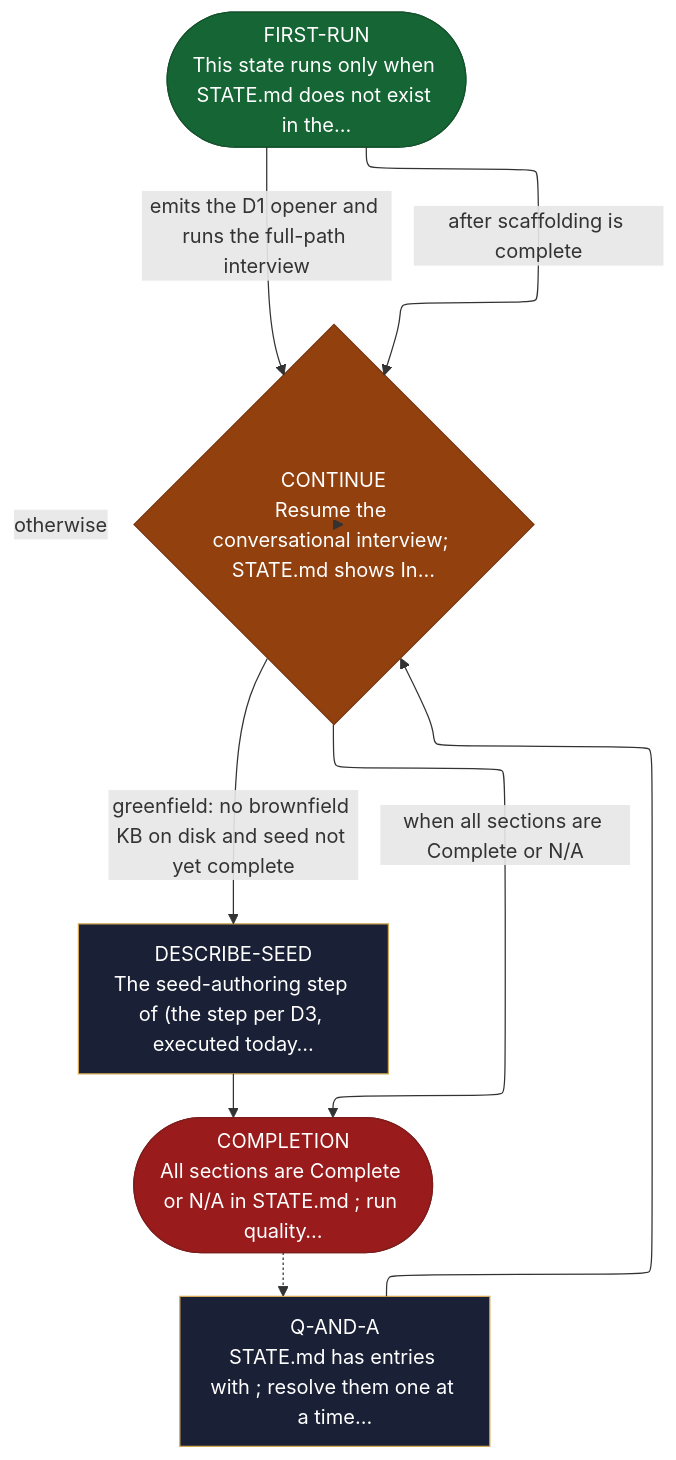
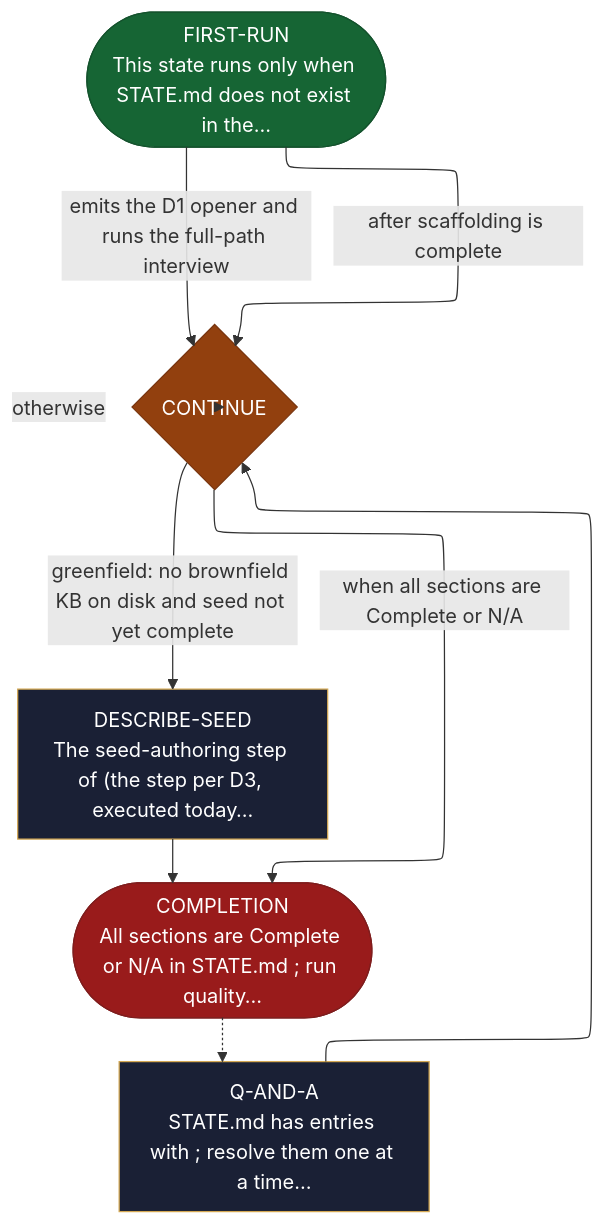
Before and after one commit to AndreVianna/aid-methodology: the diagram in site/src/content/docs/skills/aid-describe.md, drawn with Mermaid. The commit also changed 11 other files, not shown here.

````diff
--- a/site/src/content/docs/skills/aid-describe.md
+++ b/site/src/content/docs/skills/aid-describe.md
@@ -20,41 +20,41 @@
 ```mermaid
 ---
 config:
   layout: elk
   flowchart:
     nodeSpacing: 55
     rankSpacing: 65
     padding: 12
     useMaxWidth: true
 ---
 flowchart TB
   classDef aidNode color:#fff
   classDef aidEntry fill:#166534,stroke:#14532d,color:#fff
   classDef aidExit fill:#991b1b,stroke:#7f1d1d,color:#fff
   classDef aidDecision fill:#92400e,stroke:#78350f,color:#fff
   classDef aidLoopBack fill:#1e3a8a,stroke:#1e3a8a,color:#fff
   classDef aidStep fill:#1a2035,stroke:#d4a853,color:#f1f5f9
   n1(["FIRST-RUN<br/>This state runs only when STATE.md does not exist in the…"])
   n2["Q-AND-A<br/>STATE.md has entries with ; resolve them one at a time…"]
-  n3{"CONTINUE<br/>Resume the conversational interview; STATE.md shows In…"}
+  n3{"CONTINUE"}
   n4["DESCRIBE-SEED<br/>The seed-authoring step of (the step per D3, executed today…"]
   n5(["COMPLETION<br/>All sections are Complete or N/A in STATE.md ; run quality…"])
   n1 -->|"after scaffolding is complete"| n3
   n1 -->|"emits the D1 opener and runs the full-path interview"| n3
   n2 --> n3
   n3 -. "otherwise" .-> n3
   n3 -->|"greenfield: no brownfield KB on disk and seed not yet complete"| n4
   n3 -->|"when all sections are Complete or N/A"| n5
   n4 --> n5
   n5 -.-> n2
   class n1 aidEntry
   class n2 aidStep
   class n3 aidDecision
   class n4 aidStep
   class n5 aidExit
   class n1 aidNode
   class n2 aidNode
   class n3 aidNode
   class n4 aidNode
   class n5 aidNode
 ```
````
